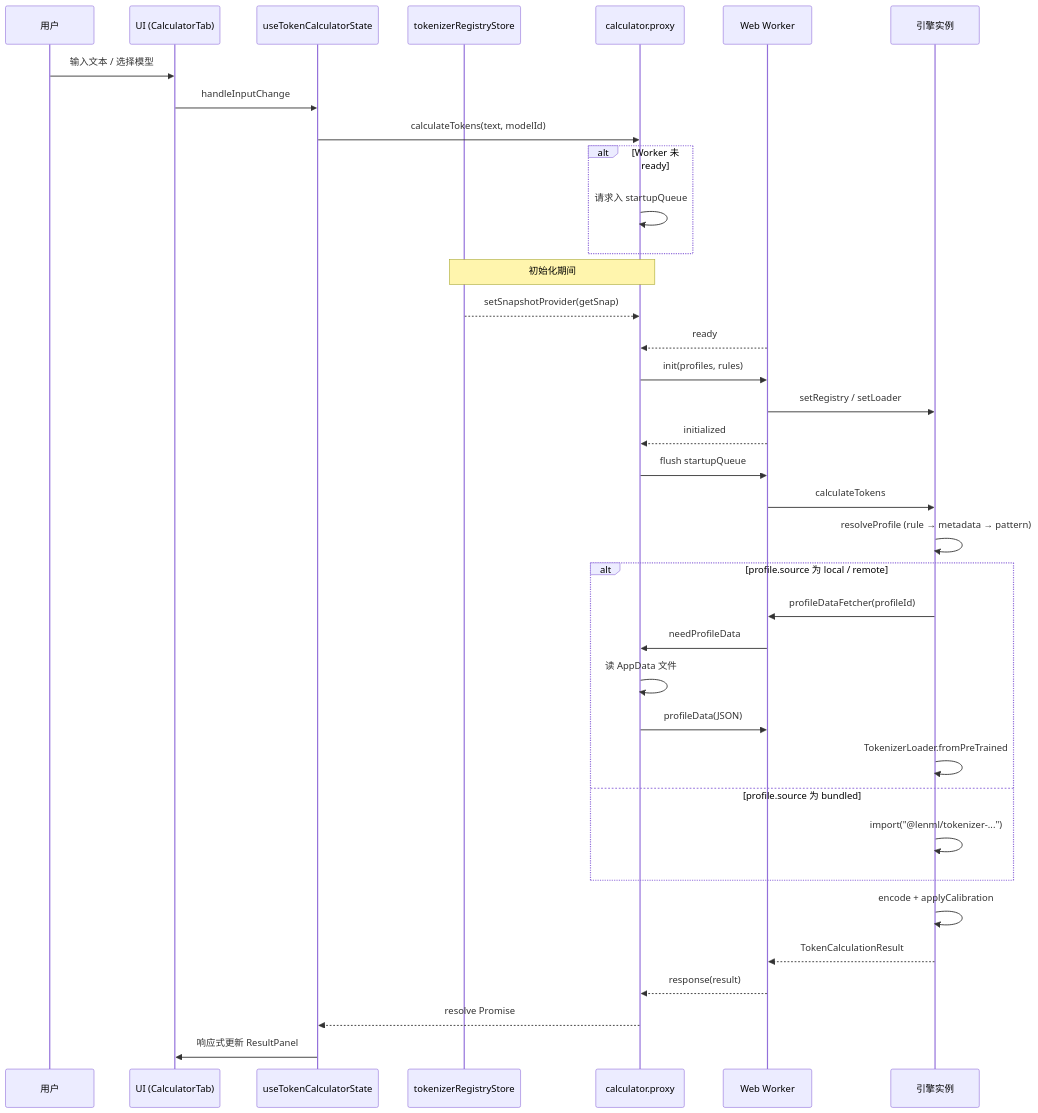
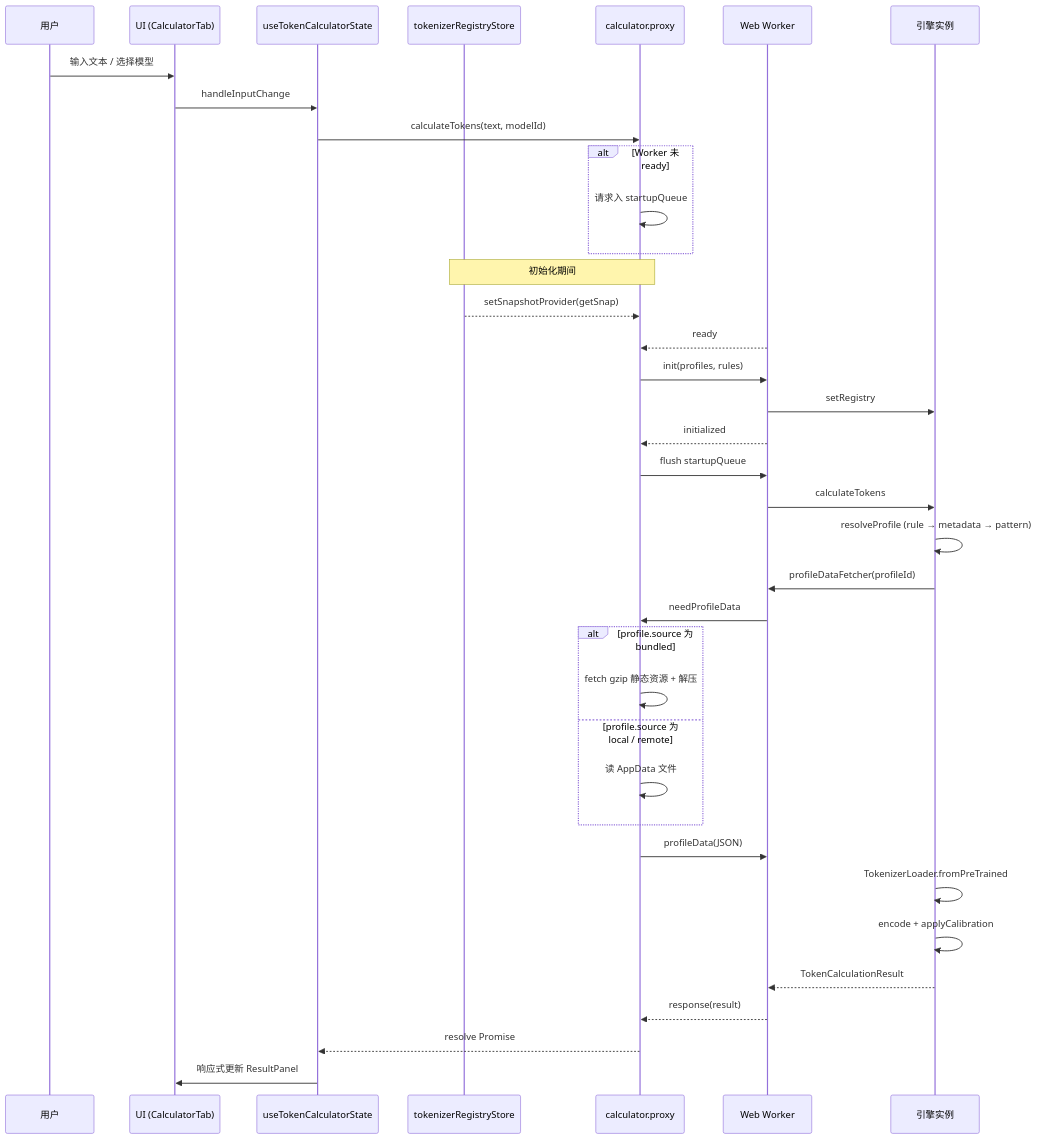
The diagram in src/tools/token-calculator/ARCHITECTURE.md (miaotouy/aio-hub), drawn with Mermaid before and after one commit. The commit also changed other lines of this file and 16 other files, not shown here.

First line of the commit message:
refactor(token-calculator): 内置 Tokenizer 资产化，移除动态 JS loader

````diff
--- a/src/tools/token-calculator/ARCHITECTURE.md
+++ b/src/tools/token-calculator/ARCHITECTURE.md
@@ -94,45 +94,45 @@
 ```mermaid
 sequenceDiagram
     participant User as 用户
     participant UI as UI (CalculatorTab)
     participant State as useTokenCalculatorState
     participant Store as tokenizerRegistryStore
     participant Proxy as calculator.proxy
     participant Worker as Web Worker
     participant Engine as 引擎实例
 
     User->>UI: 输入文本 / 选择模型
     UI->>State: handleInputChange
     State->>Proxy: calculateTokens(text, modelId)
 
     alt Worker 未 ready
         Proxy->>Proxy: 请求入 startupQueue
     end
 
     Note over Store,Proxy: 初始化期间
     Store-->>Proxy: setSnapshotProvider(getSnap)
     Worker-->>Proxy: ready
     Proxy->>Worker: init(profiles, rules)
-    Worker->>Engine: setRegistry / setLoader
+    Worker->>Engine: setRegistry
     Worker-->>Proxy: initialized
     Proxy->>Worker: flush startupQueue
 
     Worker->>Engine: calculateTokens
     Engine->>Engine: resolveProfile (rule → metadata → pattern)
 
-    alt profile.source 为 local / remote
-        Engine->>Worker: profileDataFetcher(profileId)
-        Worker->>Proxy: needProfileData
+    Engine->>Worker: profileDataFetcher(profileId)
+    Worker->>Proxy: needProfileData
+    alt profile.source 为 bundled
+        Proxy->>Proxy: fetch gzip 静态资源 + 解压
+    else profile.source 为 local / remote
         Proxy->>Proxy: 读 AppData 文件
-        Proxy->>Worker: profileData(JSON)
-        Engine->>Engine: TokenizerLoader.fromPreTrained
-    else profile.source 为 bundled
-        Engine->>Engine: import("@lenml/tokenizer-...")
     end
+    Proxy->>Worker: profileData(JSON)
+    Engine->>Engine: TokenizerLoader.fromPreTrained
 
     Engine->>Engine: encode + applyCalibration
     Engine-->>Worker: TokenCalculationResult
     Worker-->>Proxy: response(result)
     Proxy-->>State: resolve Promise
     State->>UI: 响应式更新 ResultPanel
 ```
````
